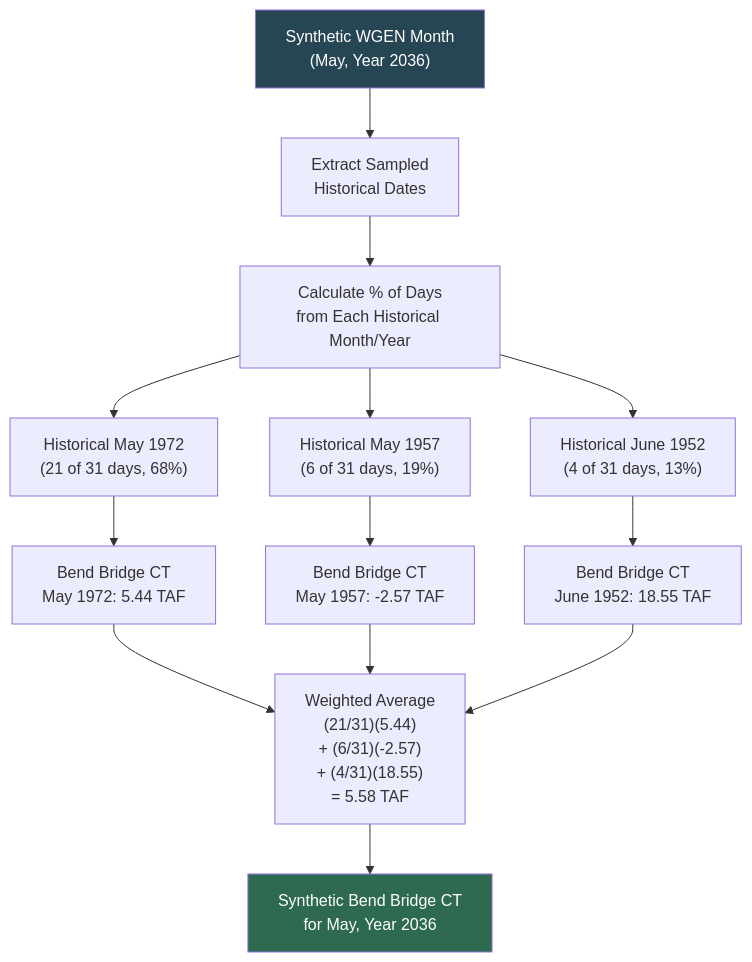
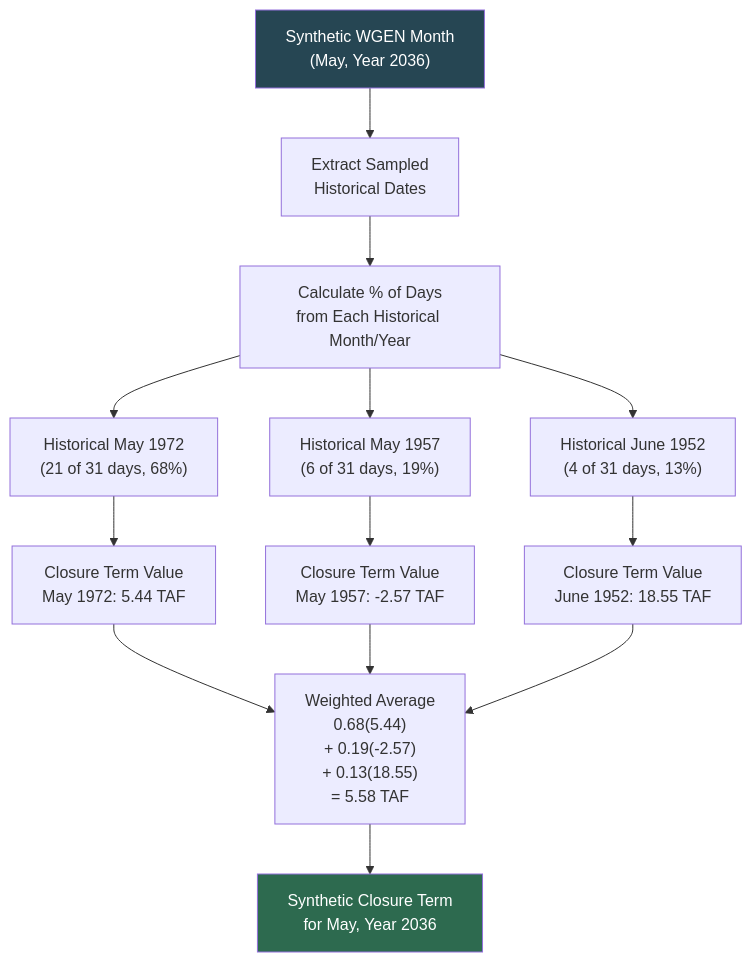
One commit to CentralValleyModeling/calsim3-stochastic-input-generation changed the diagram in docs/source/input-generation/mod-other-closure-terms.md. Above: the diagram before and after it, drawn with Mermaid.

Commit message:
revert some changes of diagram

````diff
--- a/docs/source/input-generation/mod-other-closure-terms.md
+++ b/docs/source/input-generation/mod-other-closure-terms.md
@@ -53,22 +53,22 @@
 ```{mermaid}
 flowchart TD
     WGEN_MONTH["Synthetic WGEN Month<br/>(May, Year 2036)"] --> DATES["Extract Sampled<br/>Historical Dates"]
     DATES --> PCT["Calculate % of Days<br/>from Each Historical Month/Year"]
 
     PCT --> H1["Historical May 1972<br/>(21 of 31 days, 68%)"]
     PCT --> H2["Historical May 1957<br/>(6 of 31 days, 19%)"]
     PCT --> H3["Historical June 1952<br/>(4 of 31 days, 13%)"]
 
-    H1 --> CT1["Bend Bridge CT<br/>May 1972: 5.44 TAF"]
-    H2 --> CT2["Bend Bridge CT<br/>May 1957: -2.57 TAF"]
-    H3 --> CT3["Bend Bridge CT<br/>June 1952: 18.55 TAF"]
+    H1 --> CT1["Closure Term Value<br/>May 1972: 5.44 TAF"]
+    H2 --> CT2["Closure Term Value<br/>May 1957: -2.57 TAF"]
+    H3 --> CT3["Closure Term Value<br/>June 1952: 18.55 TAF"]
 
-    CT1 --> WAVG["Weighted Average<br/>(21/31)(5.44)<br/>+ (6/31)(-2.57)<br/>+ (4/31)(18.55)<br/>= 5.58 TAF"]
+    CT1 --> WAVG["Weighted Average<br/>0.68(5.44)<br/>+ 0.19(-2.57)<br/>+ 0.13(18.55)<br/>= 5.58 TAF"]
     CT2 --> WAVG
     CT3 --> WAVG
 
-    WAVG --> OUTPUT["Synthetic Bend Bridge CT<br/>for May, Year 2036"]
+    WAVG --> OUTPUT["Synthetic Closure Term<br/>for May, Year 2036"]
 
     style WGEN_MONTH fill:#264653,color:#fff
     style OUTPUT fill:#2d6a4f,color:#fff
 ```
````
